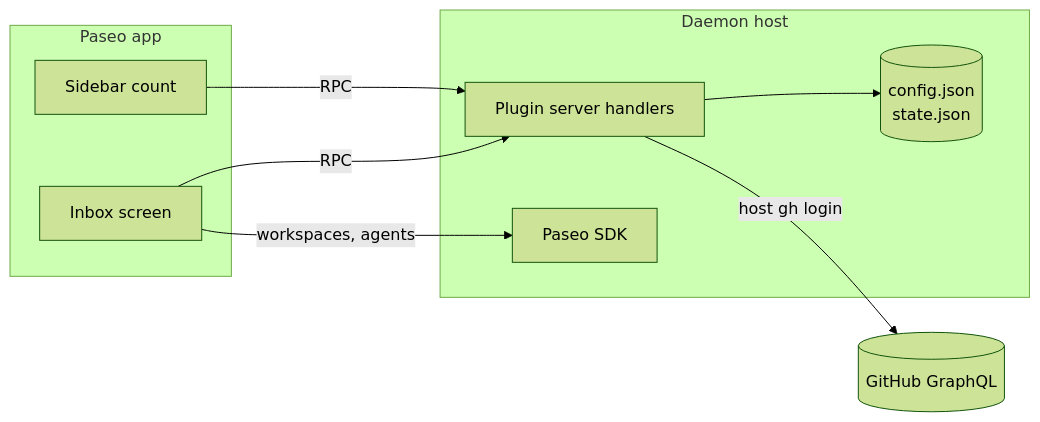
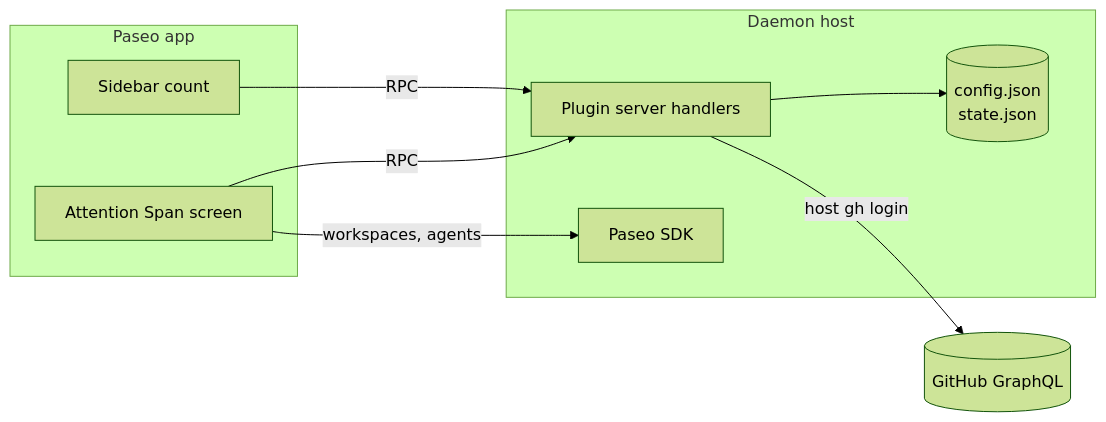
Before and after one commit to andrioid/paseo-attention-span: the diagram in docs/architecture.md, drawn with Mermaid (forest theme). The commit also changed other lines of this file and 48 other files, not shown here.

First line of the commit message:
Rename to Attention Span

````diff
--- a/docs/architecture.md
+++ b/docs/architecture.md
@@ -7,18 +7,18 @@
 ```mermaid
 flowchart LR
   subgraph Paseo app
-    Screen[Inbox screen]
+    Screen[Attention Span screen]
     Badge[Sidebar count]
   end
   subgraph Daemon host
     Server[Plugin server handlers]
     Files[(config.json<br/>state.json)]
     Paseo[Paseo SDK]
   end
   GitHub[(GitHub GraphQL)]
   Screen -- RPC --> Server
   Badge -- RPC --> Server
   Server -- host gh login --> GitHub
   Server --> Files
   Screen -- workspaces, agents --> Paseo
 ```
````
